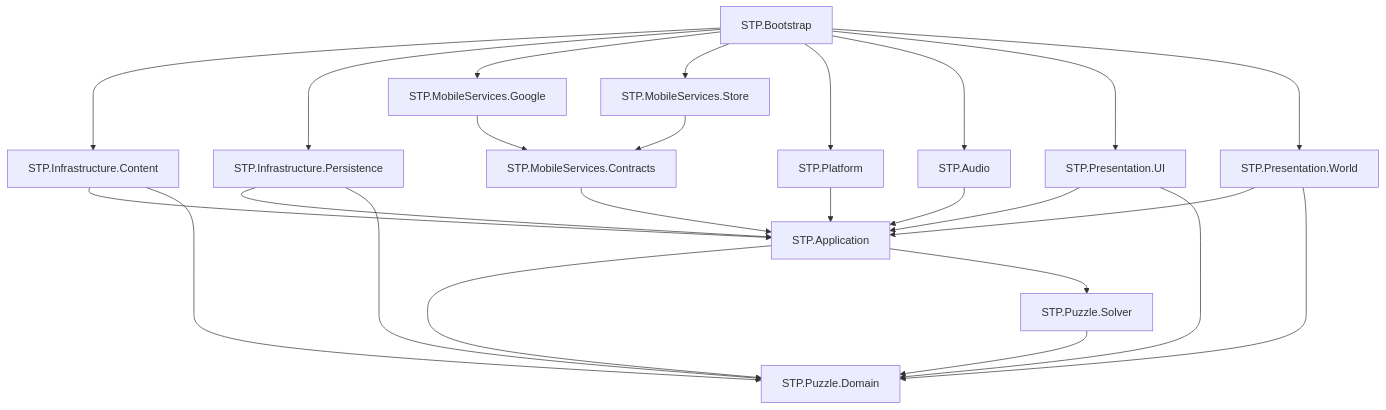
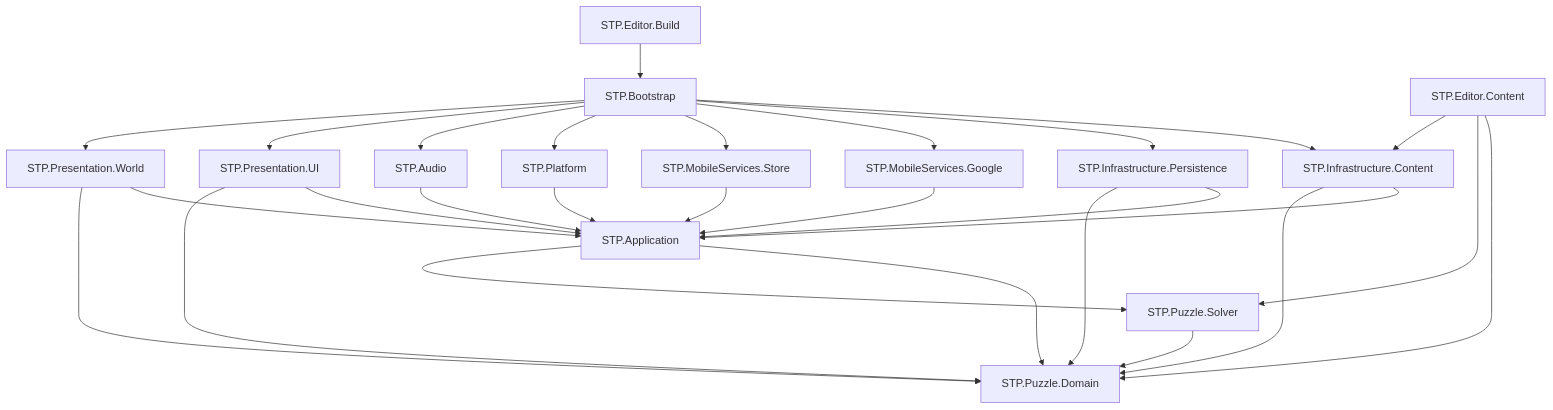
One commit to Al1l1l1l1l1/Stammstrecken-Puzzle changed the diagram in ARCHITECTURE/MODULE_BOUNDARIES.md. Above: the diagram before and after it, drawn with Mermaid. The commit also changed other lines of this file and 48 other files, not shown here.

Commit message:
docs(architecture): address review findings for v0.2

````diff
--- a/ARCHITECTURE/MODULE_BOUNDARIES.md
+++ b/ARCHITECTURE/MODULE_BOUNDARIES.md
@@ -97,28 +99,31 @@
 ```mermaid
 flowchart TD
     Domain[STP.Puzzle.Domain]
     Solver[STP.Puzzle.Solver] --> Domain
     App[STP.Application] --> Domain
     App --> Solver
     Content[STP.Infrastructure.Content] --> App
     Content --> Domain
     Persist[STP.Infrastructure.Persistence] --> App
     Persist --> Domain
-    Contracts[STP.MobileServices.Contracts] --> App
-    Google[STP.MobileServices.Google] --> Contracts
-    Store[STP.MobileServices.Store] --> Contracts
+    Google[STP.MobileServices.Google] --> App
+    Store[STP.MobileServices.Store] --> App
     Platform[STP.Platform] --> App
     Audio[STP.Audio] --> App
     UI[STP.Presentation.UI] --> App
     UI --> Domain
     World[STP.Presentation.World] --> App
     World --> Domain
     Bootstrap[STP.Bootstrap] --> Content
     Bootstrap --> Persist
     Bootstrap --> Google
     Bootstrap --> Store
     Bootstrap --> Platform
     Bootstrap --> Audio
     Bootstrap --> UI
     Bootstrap --> World
+    EditorContent[STP.Editor.Content] --> Domain
+    EditorContent --> Solver
+    EditorContent --> Content
+    EditorBuild[STP.Editor.Build] --> Bootstrap
 ```
````
